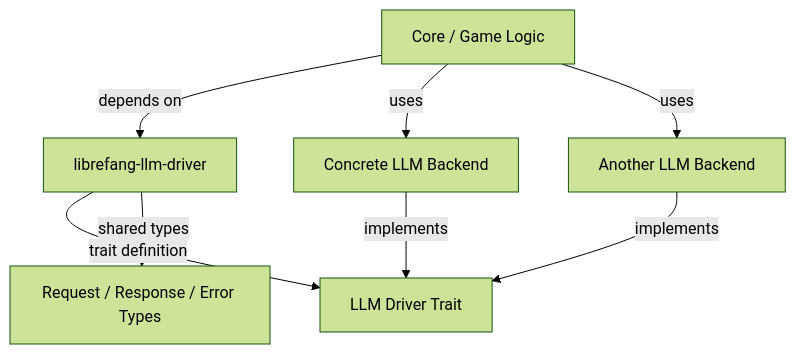
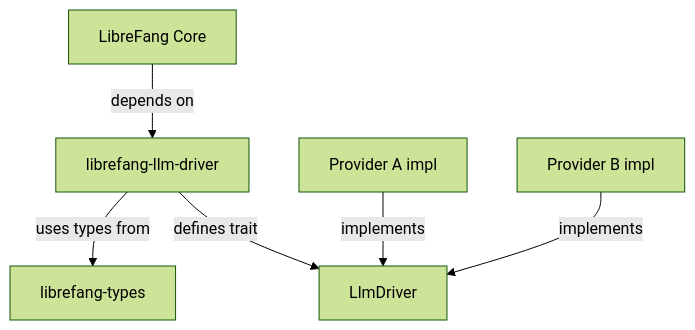
One commit to leszek3737/librefang-WIki changed the diagram in other-librefang-llm-driver.md. Above: the diagram before and after it, drawn with Mermaid (forest theme). The commit also changed other lines of this file and 94 other files, not shown here.

````diff
--- a/other-librefang-llm-driver.md
+++ b/other-librefang-llm-driver.md
@@ -23,10 +13,8 @@
 ```mermaid
 graph TD
-    A[Core / Game Logic] -->|depends on| B[librefang-llm-driver]
-    B -->|trait definition| C[LLM Driver Trait]
-    B -->|shared types| D[Request / Response / Error Types]
-    E[Concrete LLM Backend] -->|implements| C
-    F[Another LLM Backend] -->|implements| C
-    A -->|uses| E
-    A -->|uses| F
+    A[LibreFang Core] -->|depends on| B[librefang-llm-driver]
+    B -->|defines trait| C[LlmDriver]
+    D[Provider A impl] -->|implements| C
+    E[Provider B impl] -->|implements| C
+    B -->|uses types from| F[librefang-types]
 ```
````
